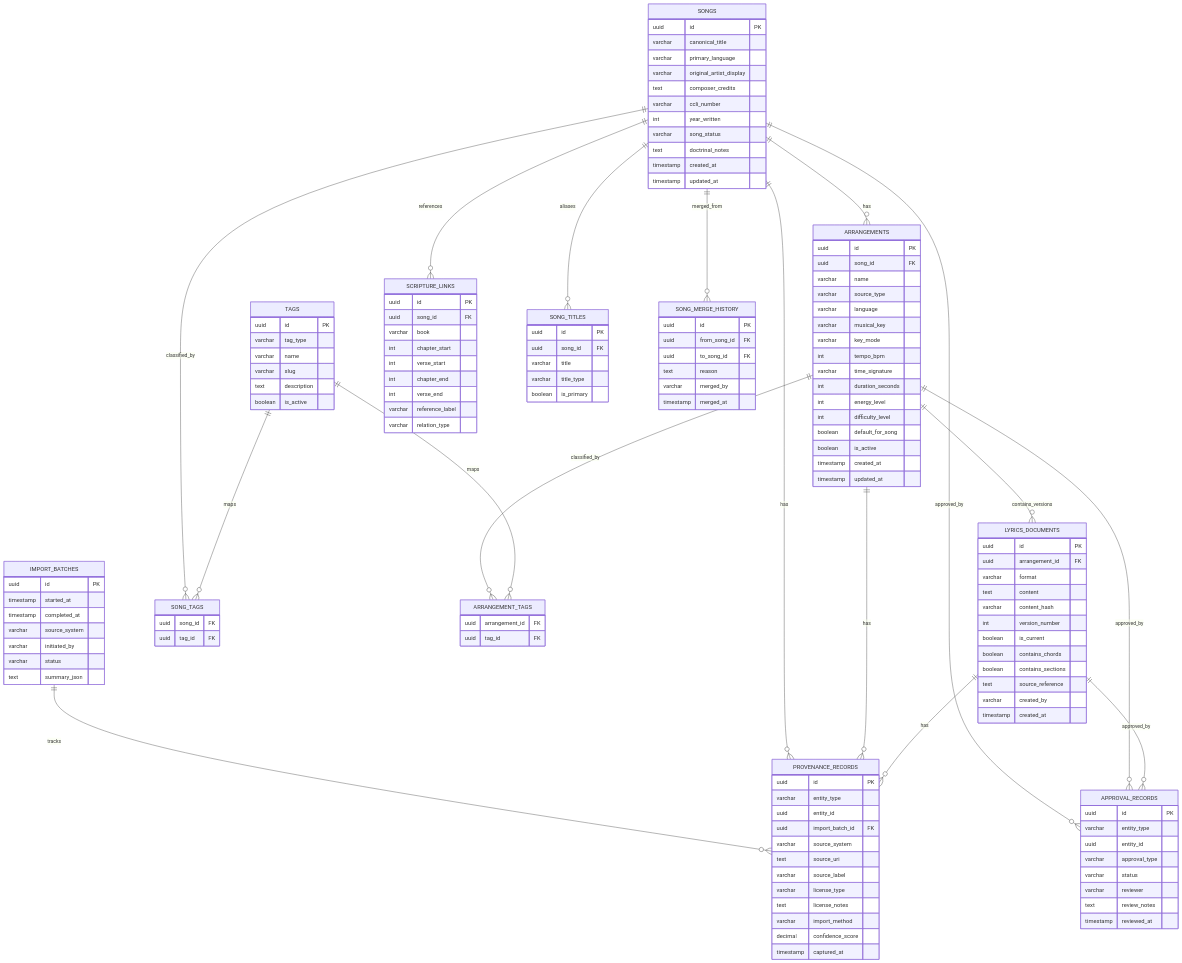
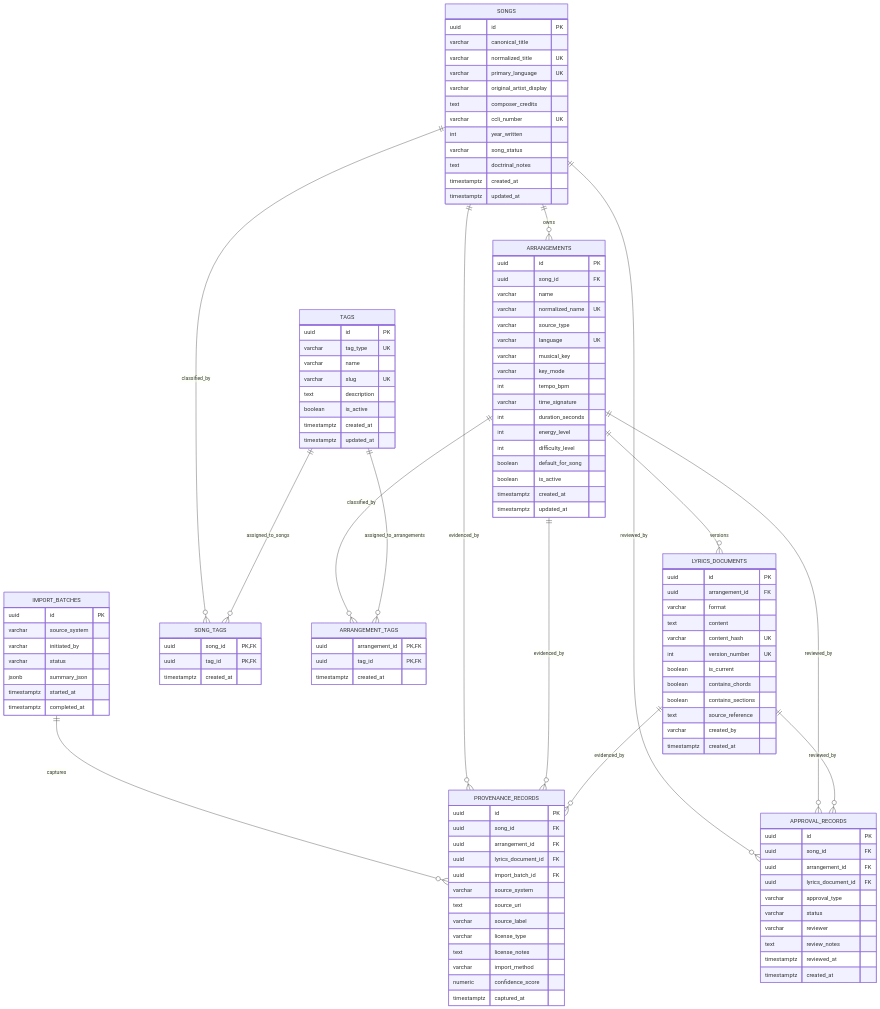
The first of 3 diagrams in docs/diagrams/er-diagrams.md (homeputers/cadentia), drawn with Mermaid before and after one commit. The commit also changed other lines of this file and 2 other files, not shown here.

Commit message:
docs: update adr-001 architecture documentation (#10)

````diff
--- a/docs/diagrams/er-diagrams.md
+++ b/docs/diagrams/er-diagrams.md
@@ -5,50 +10,41 @@
 ```mermaid
 erDiagram
-    SONGS ||--o{ ARRANGEMENTS : has
-    ARRANGEMENTS ||--o{ LYRICS_DOCUMENTS : contains_versions
+    SONGS ||--o{ ARRANGEMENTS : owns
+    ARRANGEMENTS ||--o{ LYRICS_DOCUMENTS : versions
     SONGS ||--o{ SONG_TAGS : classified_by
-    TAGS ||--o{ SONG_TAGS : maps
+    TAGS ||--o{ SONG_TAGS : assigned_to_songs
     ARRANGEMENTS ||--o{ ARRANGEMENT_TAGS : classified_by
-    TAGS ||--o{ ARRANGEMENT_TAGS : maps
-    SONGS ||--o{ SCRIPTURE_LINKS : references
-    SONGS ||--o{ SONG_TITLES : aliases
-    SONGS ||--o{ SONG_MERGE_HISTORY : merged_from
-    IMPORT_BATCHES ||--o{ PROVENANCE_RECORDS : tracks
-    SONGS ||--o{ PROVENANCE_RECORDS : has
-    ARRANGEMENTS ||--o{ PROVENANCE_RECORDS : has
-    LYRICS_DOCUMENTS ||--o{ PROVENANCE_RECORDS : has
-    SONGS ||--o{ APPROVAL_RECORDS : approved_by
-    ARRANGEMENTS ||--o{ APPROVAL_RECORDS : approved_by
-    LYRICS_DOCUMENTS ||--o{ APPROVAL_RECORDS : approved_by
+    TAGS ||--o{ ARRANGEMENT_TAGS : assigned_to_arrangements
+    IMPORT_BATCHES ||--o{ PROVENANCE_RECORDS : captures
+    SONGS ||--o{ PROVENANCE_RECORDS : evidenced_by
+    ARRANGEMENTS ||--o{ PROVENANCE_RECORDS : evidenced_by
+    LYRICS_DOCUMENTS ||--o{ PROVENANCE_RECORDS : evidenced_by
+    SONGS ||--o{ APPROVAL_RECORDS : reviewed_by
+    ARRANGEMENTS ||--o{ APPROVAL_RECORDS : reviewed_by
+    LYRICS_DOCUMENTS ||--o{ APPROVAL_RECORDS : reviewed_by
 
     SONGS {
         uuid id PK
         varchar canonical_title
-        varchar primary_language
+        varchar normalized_title UK
+        varchar primary_language UK
         varchar original_artist_display
         text composer_credits
-        varchar ccli_number
+        varchar ccli_number UK
         int year_written
         varchar song_status
         text doctrinal_notes
-        timestamp created_at
-        timestamp updated_at
-    }
-
-    SONG_TITLES {
-        uuid id PK
-        uuid song_id FK
-        varchar title
-        varchar title_type
-        boolean is_primary
+        timestamptz created_at
+        timestamptz updated_at
     }
 
     ARRANGEMENTS {
         uuid id PK
         uuid song_id FK
         varchar name
+        varchar normalized_name UK
         varchar source_type
-        varchar language
+        varchar language UK
         varchar musical_key
         varchar key_mode
         int tempo_bpm
@@ -58,8 +54,8 @@
         int difficulty_level
         boolean default_for_song
         boolean is_active
-        timestamp created_at
-        timestamp updated_at
+        timestamptz created_at
+        timestamptz updated_at
     }
 
     LYRICS_DOCUMENTS {
@@ -67,51 +63,54 @@
         uuid arrangement_id FK
         varchar format
         text content
-        varchar content_hash
-        int version_number
+        varchar content_hash UK
+        int version_number UK
         boolean is_current
         boolean contains_chords
         boolean contains_sections
         text source_reference
         varchar created_by
-        timestamp created_at
+        timestamptz created_at
     }
 
     TAGS {
         uuid id PK
-        varchar tag_type
+        varchar tag_type UK
         varchar name
-        varchar slug
+        varchar slug UK
         text description
         boolean is_active
+        timestamptz created_at
+        timestamptz updated_at
     }
 
     SONG_TAGS {
-        uuid song_id FK
-        uuid tag_id FK
+        uuid song_id PK,FK
+        uuid tag_id PK,FK
+        timestamptz created_at
     }
 
     ARRANGEMENT_TAGS {
-        uuid arrangement_id FK
-        uuid tag_id FK
+        uuid arrangement_id PK,FK
+        uuid tag_id PK,FK
+        timestamptz created_at
     }
 
-    SCRIPTURE_LINKS {
+    IMPORT_BATCHES {
         uuid id PK
-        uuid song_id FK
-        varchar book
-        int chapter_start
-        int verse_start
-        int chapter_end
-        int verse_end
-        varchar reference_label
-        varchar relation_type
+        varchar source_system
+        varchar initiated_by
+        varchar status
+        jsonb summary_json
+        timestamptz started_at
+        timestamptz completed_at
     }
 
     PROVENANCE_RECORDS {
         uuid id PK
-        varchar entity_type
-        uuid entity_id
+        uuid song_id FK
+        uuid arrangement_id FK
+        uuid lyrics_document_id FK
         uuid import_batch_id FK
         varchar source_system
         text source_uri
@@ -119,37 +118,20 @@
         varchar license_type
         text license_notes
         varchar import_method
-        decimal confidence_score
-        timestamp captured_at
+        numeric confidence_score
+        timestamptz captured_at
     }
 
     APPROVAL_RECORDS {
         uuid id PK
-        varchar entity_type
-        uuid entity_id
+        uuid song_id FK
+        uuid arrangement_id FK
+        uuid lyrics_document_id FK
         varchar approval_type
         varchar status
         varchar reviewer
         text review_notes
-        timestamp reviewed_at
-    }
-
-    IMPORT_BATCHES {
-        uuid id PK
-        timestamp started_at
-        timestamp completed_at
-        varchar source_system
-        varchar initiated_by
-        varchar status
-        text summary_json
-    }
-
-    SONG_MERGE_HISTORY {
-        uuid id PK
-        uuid from_song_id FK
-        uuid to_song_id FK
-        text reason
-        varchar merged_by
-        timestamp merged_at
+        timestamptz reviewed_at
+        timestamptz created_at
     }
 ```
````
